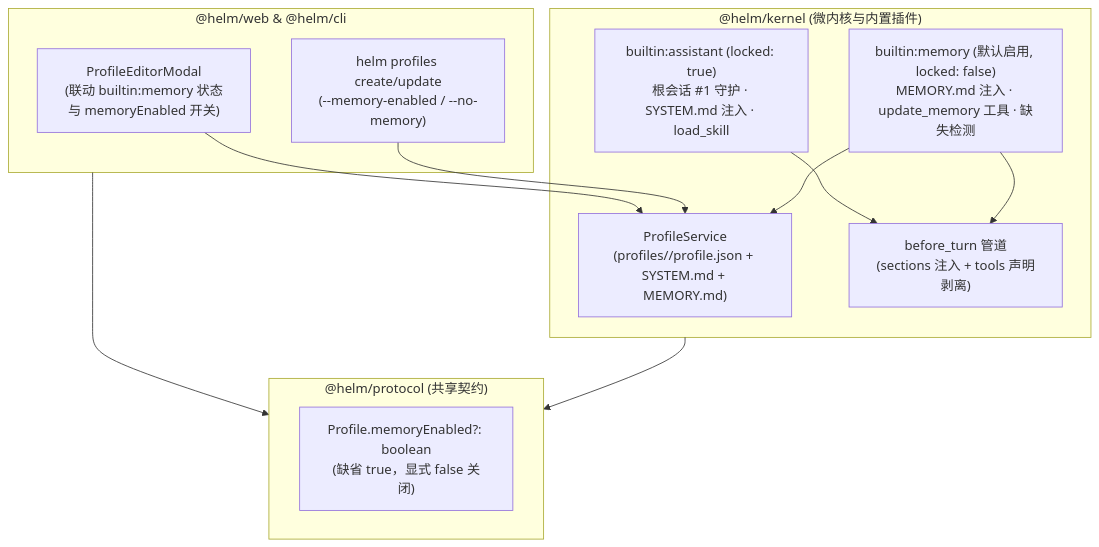
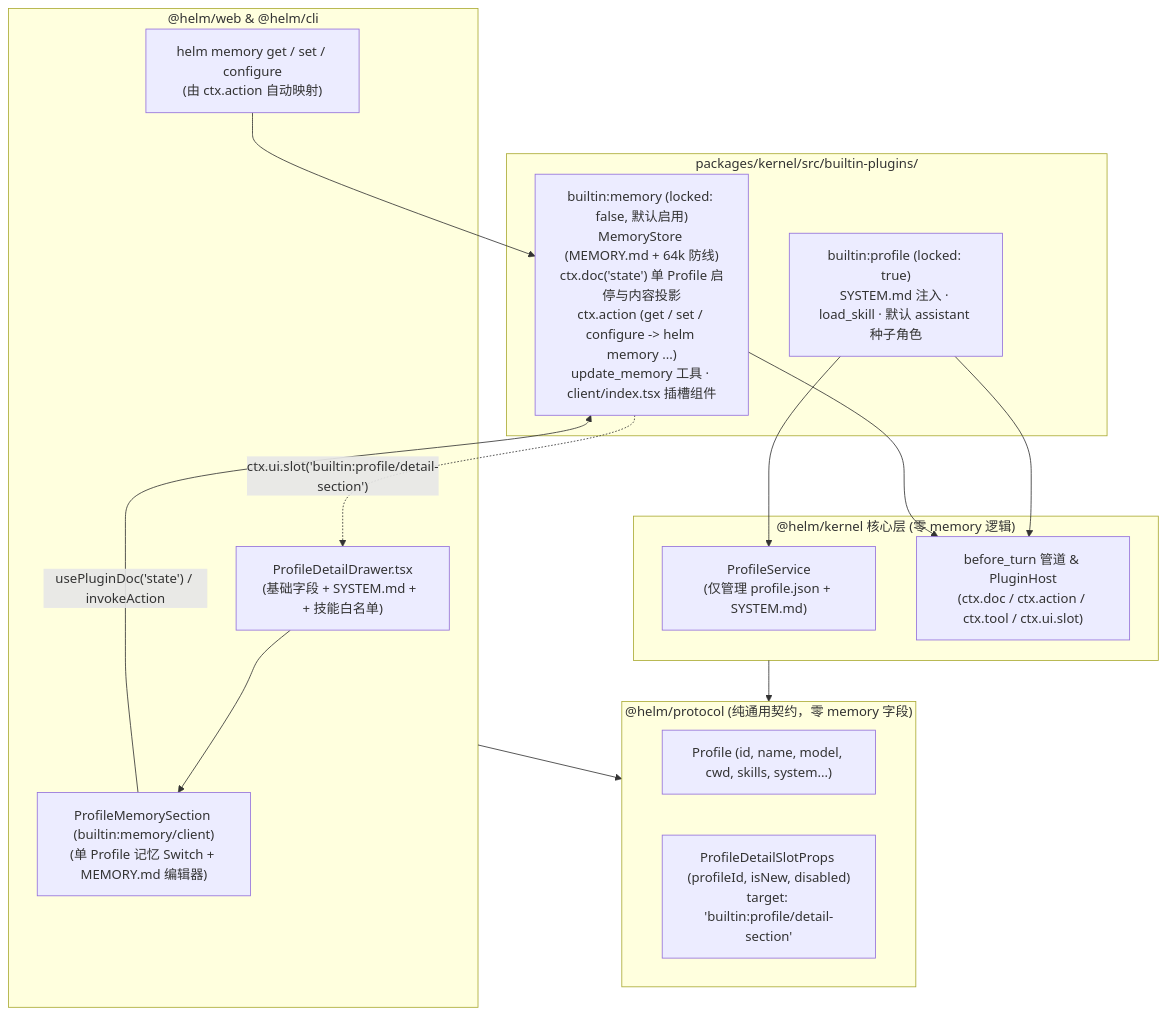
One commit to team4u/helm changed the diagram in docs/superpowers/specs/20261110 长期记忆插件化与Profile按需启停设计文档.md. Above: the diagram before and after it, drawn with Mermaid. The commit also changed other lines of this file and 12 other files, not shown here.

````diff
--- a/docs/superpowers/specs/20261110 长期记忆插件化与Profile按需启停设计文档.md
+++ b/docs/superpowers/specs/20261110 长期记忆插件化与Profile按需启停设计文档.md
@@ -28,26 +28,33 @@
 ```mermaid
 flowchart TB
-    subgraph Protocol["@helm/protocol (共享契约)"]
-        ProfileContract["Profile.memoryEnabled?: boolean<br/>(缺省 true，显式 false 关闭)"]
+    subgraph Protocol["@helm/protocol (纯通用契约，零 memory 字段)"]
+        ProfileContract["Profile (id, name, model, cwd, skills, system...)"]
+        SlotContract["ProfileDetailSlotProps (profileId, isNew, disabled)<br/>target: 'builtin:profile/detail-section'"]
     end
 
-    subgraph Kernel["@helm/kernel (微内核与内置插件)"]
-        ProfileSvc["ProfileService<br/>(profiles/<id>/profile.json + SYSTEM.md + MEMORY.md)"]
-        AssistantPlugin["builtin:assistant (locked: true)<br/>根会话 #1 守护 · SYSTEM.md 注入 · load_skill"]
-        MemoryPlugin["builtin:memory (默认启用, locked: false)<br/>MEMORY.md 注入 · update_memory 工具 · 缺失检测"]
-        HookBridge["before_turn 管道<br/>(sections 注入 + tools 声明剥离)"]
+    subgraph KernelCore["@helm/kernel 核心层 (零 memory 逻辑)"]
+        ProfileSvc["ProfileService<br/>(仅管理 profile.json + SYSTEM.md)"]
+        HookBridge["before_turn 管道 & PluginHost<br/>(ctx.doc / ctx.action / ctx.tool / ctx.ui.slot)"]
     end
 
-    subgraph Clients["@helm/web & @helm/cli"]
-        WebEditor["ProfileEditorModal<br/>(联动 builtin:memory 状态与 memoryEnabled 开关)"]
-        CliCmd["helm profiles create/update<br/>(--memory-enabled / --no-memory)"]
+    subgraph BuiltinPlugins["packages/kernel/src/builtin-plugins/"]
+        ProfilePlugin["builtin:profile (locked: true)<br/>SYSTEM.md 注入 · load_skill · 默认 assistant 种子角色"]
+        MemoryPlugin["builtin:memory (locked: false, 默认启用)<br/>MemoryStore (MEMORY.md + 64k 防线)<br/>ctx.doc('state') 单 Profile 启停与内容投影<br/>ctx.action (get / set / configure -> helm memory ...)<br/>update_memory 工具 · client/index.tsx 插槽组件"]
     end
 
-    Clients --> Protocol
-    Kernel --> Protocol
-    WebEditor --> ProfileSvc
-    CliCmd --> ProfileSvc
-    AssistantPlugin --> HookBridge
+    subgraph WebAndCli["@helm/web & @helm/cli"]
+        Drawer["ProfileDetailDrawer.tsx<br/>(基础字段 + SYSTEM.md + <PluginSlot /> + 技能白名单)"]
+        MemorySlotUi["ProfileMemorySection (builtin:memory/client)<br/>(单 Profile 记忆 Switch + MEMORY.md 编辑器)"]
+        DynamicCli["helm memory get / set / configure<br/>(由 ctx.action 自动映射)"]
+    end
+
+    WebAndCli --> Protocol
+    KernelCore --> Protocol
+    ProfilePlugin --> ProfileSvc
+    ProfilePlugin --> HookBridge
     MemoryPlugin --> HookBridge
-    MemoryPlugin --> ProfileSvc
+    MemoryPlugin -. "ctx.ui.slot('builtin:profile/detail-section')" .-> Drawer
+    Drawer --> MemorySlotUi
+    MemorySlotUi -- "usePluginDoc('state') / invokeAction" --> MemoryPlugin
+    DynamicCli --> MemoryPlugin
 ```
````
